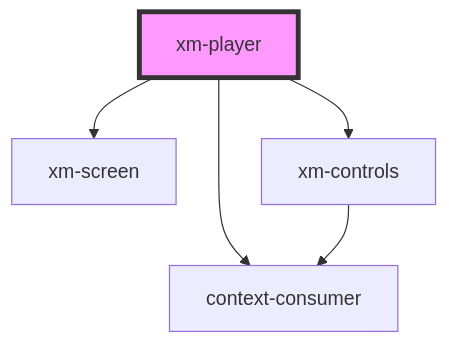
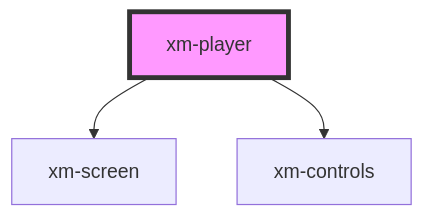
Before and after one commit to openHPI/xikolo-video-player: the diagram in src/components/player/readme.md, drawn with Mermaid. The commit also changed other lines of this file and 4 other files, not shown here.

````diff
--- a/src/components/player/readme.md
+++ b/src/components/player/readme.md
@@ -40,8 +49,6 @@
 ```mermaid
 graph TD;
   xm-player --> xm-screen
   xm-player --> xm-controls
-  xm-player --> context-consumer
-  xm-controls --> context-consumer
   style xm-player fill:#f9f,stroke:#333,stroke-width:4px
 ```
````
